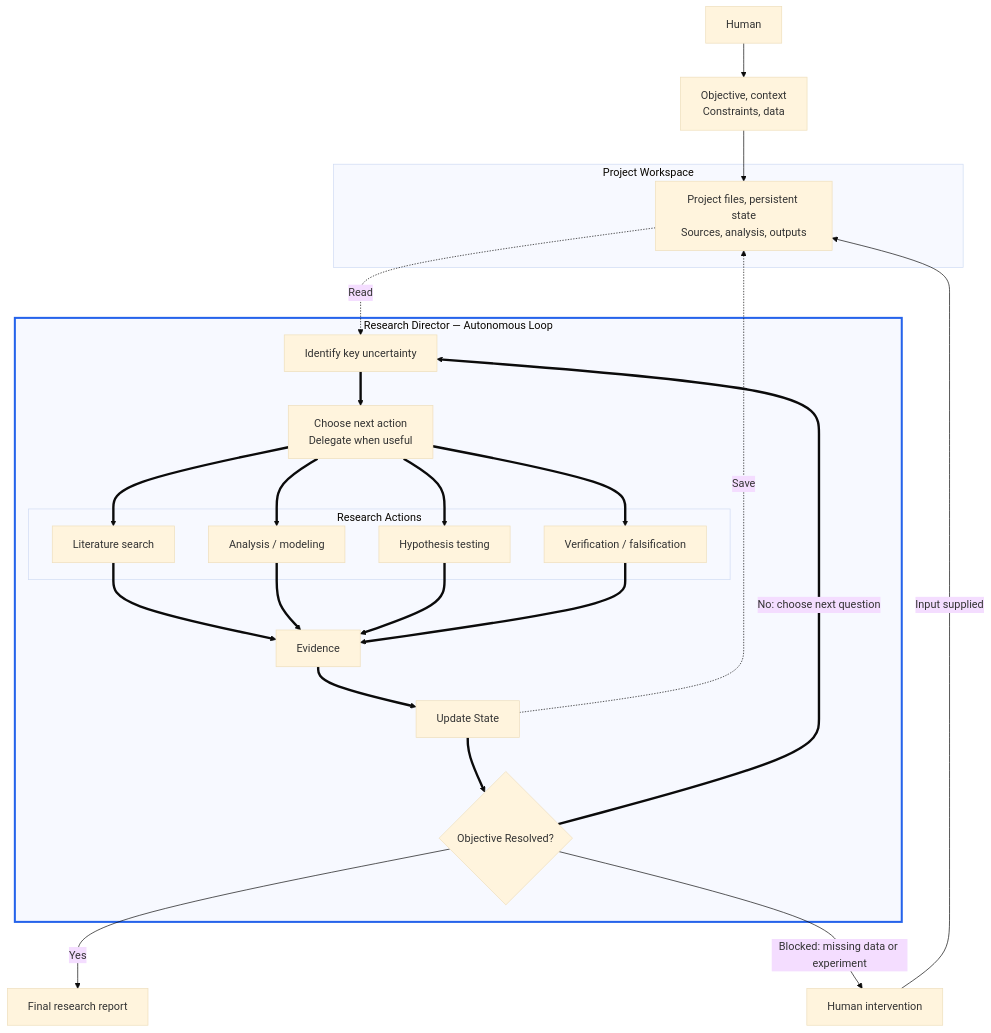
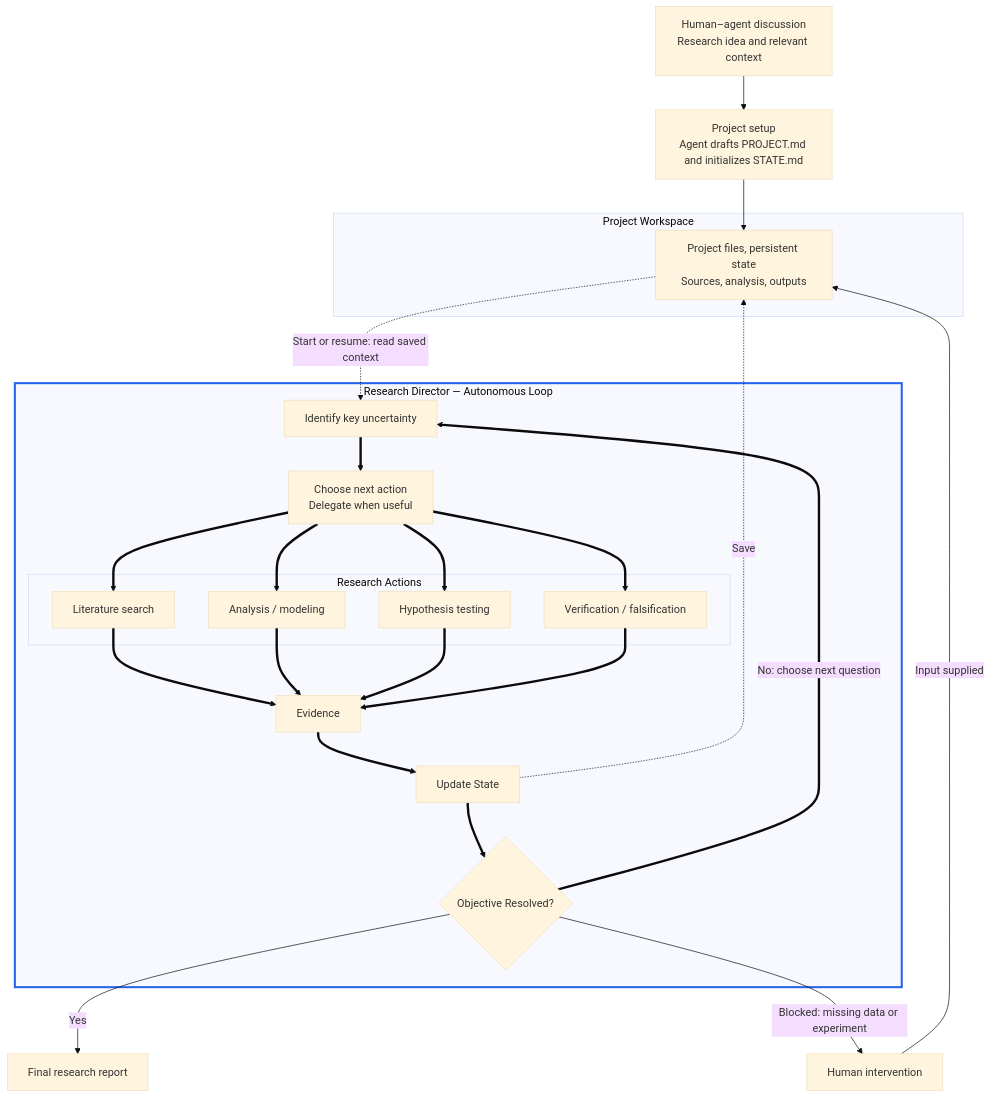
One commit to TungDoIt/agentic-research-template changed the diagram in ARCHITECTURE.md. Above: the diagram before and after it, drawn with Mermaid (base theme). The commit also changed other lines of this file and 4 other files, not shown here.

Commit message:
Add discussion-based research project setup

````diff
--- a/ARCHITECTURE.md
+++ b/ARCHITECTURE.md
@@ -5,39 +5,39 @@
 ```mermaid
 flowchart TD
-    Human["Human"] --> Input["Objective, context<br/>Constraints, data"]
+    Discussion["Human–agent discussion<br/>Research idea and relevant context"] --> Setup["Project setup<br/>Agent drafts PROJECT.md and initializes STATE.md"]
 
     subgraph Workspace["Project Workspace"]
         Files["Project files, persistent state<br/>Sources, analysis, outputs"]
     end
-    Input --> Files
+    Setup --> Files
 
     subgraph Director["Research Director — Autonomous Loop"]
         Uncertainty["Identify key uncertainty"] ==> Choose["Choose next action<br/>Delegate when useful"]
 
         subgraph Actions["Research Actions"]
             Search["Literature search"]
             Analyze["Analysis / modeling"]
             Test["Hypothesis testing"]
             Verify["Verification / falsification"]
         end
 
         Choose ==> Search
         Choose ==> Analyze
         Choose ==> Test
         Choose ==> Verify
         Search ==> Evidence["Evidence"]
         Analyze ==> Evidence
         Test ==> Evidence
         Verify ==> Evidence
         Evidence ==> Update["Update State"] ==> Resolved{"Objective Resolved?"}
         Resolved ==>|No: choose next question| Uncertainty
     end
 
-    Files -.->|Read| Uncertainty
+    Files -.->|Start or resume: read saved context| Uncertainty
     Update -.->|Save| Files
     Resolved -->|Yes| Report["Final research report"]
     Resolved -->|Blocked: missing data or experiment| Intervention["Human intervention"]
     Intervention -->|Input supplied| Files
 
     style Director stroke:#2563eb,stroke-width:3px
 ```
````
